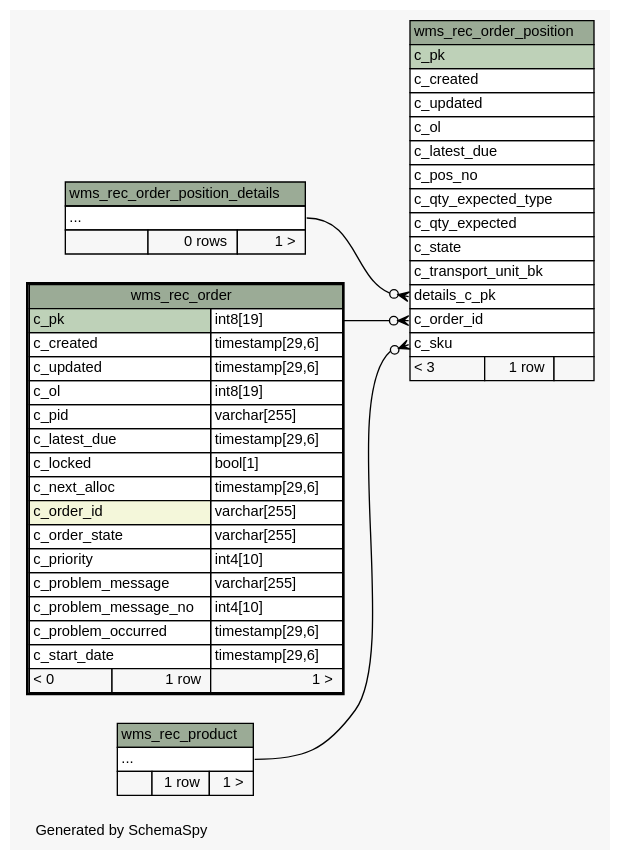
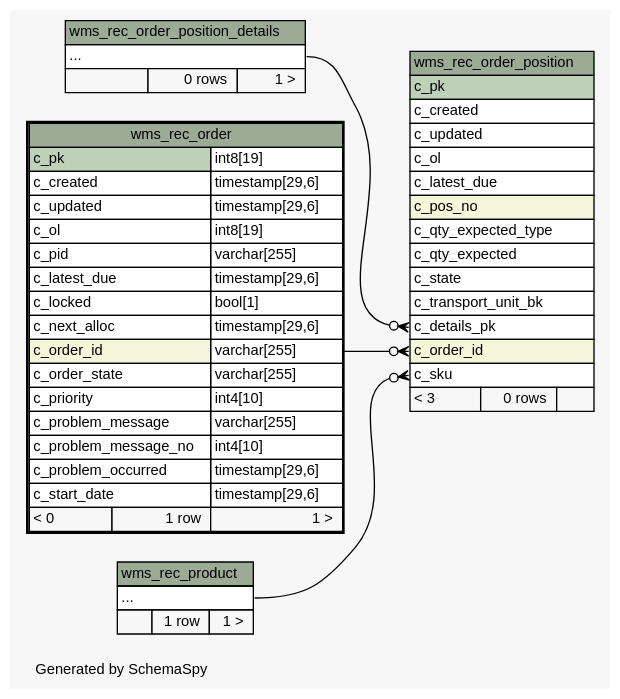
One commit to openwms/org.openwms.wms.receiving.lib changed the diagram in schemaspy/diagrams/wms_rec_order.2degrees.dot. Above: the diagram before and after it, drawn with Graphviz. The commit also changed 200 other files, not shown here.

```diff
--- a/schemaspy/diagrams/wms_rec_order.2degrees.dot
+++ b/schemaspy/diagrams/wms_rec_order.2degrees.dot
@@ -1,91 +1,91 @@
 // dot 2.36.0 on Linux 4.4.0-101-generic
 // SchemaSpy rev Unknown
 digraph "twoDegreesRelationshipsDiagram" {
   graph [
     rankdir="RL"
     bgcolor="#f7f7f7"
     label="\nGenerated by SchemaSpy"
     labeljust="l"
     nodesep="0.18"
     ranksep="0.46"
     fontname="Helvetica"
     fontsize="11"
   ];
   node [
     fontname="Helvetica"
     fontsize="11"
     shape="plaintext"
   ];
   edge [
     arrowsize="0.8"
   ];
-  "wms_rec_order_position":"c_order_id":w -> "wms_rec_order":"c_pk.type":e [arrowhead=none dir=back arrowtail=crowodot];
+  "wms_rec_order_position":"c_details_pk":w -> "wms_rec_order_position_details":"elipses":e [arrowhead=none dir=back arrowtail=crowodot];
+  "wms_rec_order_position":"c_order_id":w -> "wms_rec_order":"c_order_id.type":e [arrowhead=none dir=back arrowtail=crowodot];
   "wms_rec_order_position":"c_sku":w -> "wms_rec_product":"elipses":e [arrowhead=none dir=back arrowtail=crowodot];
-  "wms_rec_order_position":"details_c_pk":w -> "wms_rec_order_position_details":"elipses":e [arrowhead=none dir=back arrowtail=crowodot];
   "wms_rec_order" [
     label=<
     <TABLE BORDER="2" CELLBORDER="1" CELLSPACING="0" BGCOLOR="#ffffff">
       <TR><TD COLSPAN="3" BGCOLOR="#9bab96" ALIGN="CENTER">wms_rec_order</TD></TR>
       <TR><TD PORT="c_pk" COLSPAN="2" BGCOLOR="#bed1b8" ALIGN="LEFT">c_pk</TD><TD PORT="c_pk.type" ALIGN="LEFT">int8[19]</TD></TR>
       <TR><TD PORT="c_created" COLSPAN="2" ALIGN="LEFT">c_created</TD><TD PORT="c_created.type" ALIGN="LEFT">timestamp[29,6]</TD></TR>
       <TR><TD PORT="c_updated" COLSPAN="2" ALIGN="LEFT">c_updated</TD><TD PORT="c_updated.type" ALIGN="LEFT">timestamp[29,6]</TD></TR>
       <TR><TD PORT="c_ol" COLSPAN="2" ALIGN="LEFT">c_ol</TD><TD PORT="c_ol.type" ALIGN="LEFT">int8[19]</TD></TR>
       <TR><TD PORT="c_pid" COLSPAN="2" ALIGN="LEFT">c_pid</TD><TD PORT="c_pid.type" ALIGN="LEFT">varchar[255]</TD></TR>
       <TR><TD PORT="c_latest_due" COLSPAN="2" ALIGN="LEFT">c_latest_due</TD><TD PORT="c_latest_due.type" ALIGN="LEFT">timestamp[29,6]</TD></TR>
       <TR><TD PORT="c_locked" COLSPAN="2" ALIGN="LEFT">c_locked</TD><TD PORT="c_locked.type" ALIGN="LEFT">bool[1]</TD></TR>
       <TR><TD PORT="c_next_alloc" COLSPAN="2" ALIGN="LEFT">c_next_alloc</TD><TD PORT="c_next_alloc.type" ALIGN="LEFT">timestamp[29,6]</TD></TR>
       <TR><TD PORT="c_order_id" COLSPAN="2" BGCOLOR="#f4f7da" ALIGN="LEFT">c_order_id</TD><TD PORT="c_order_id.type" ALIGN="LEFT">varchar[255]</TD></TR>
       <TR><TD PORT="c_order_state" COLSPAN="2" ALIGN="LEFT">c_order_state</TD><TD PORT="c_order_state.type" ALIGN="LEFT">varchar[255]</TD></TR>
       <TR><TD PORT="c_priority" COLSPAN="2" ALIGN="LEFT">c_priority</TD><TD PORT="c_priority.type" ALIGN="LEFT">int4[10]</TD></TR>
       <TR><TD PORT="c_problem_message" COLSPAN="2" ALIGN="LEFT">c_problem_message</TD><TD PORT="c_problem_message.type" ALIGN="LEFT">varchar[255]</TD></TR>
       <TR><TD PORT="c_problem_message_no" COLSPAN="2" ALIGN="LEFT">c_problem_message_no</TD><TD PORT="c_problem_message_no.type" ALIGN="LEFT">int4[10]</TD></TR>
       <TR><TD PORT="c_problem_occurred" COLSPAN="2" ALIGN="LEFT">c_problem_occurred</TD><TD PORT="c_problem_occurred.type" ALIGN="LEFT">timestamp[29,6]</TD></TR>
       <TR><TD PORT="c_start_date" COLSPAN="2" ALIGN="LEFT">c_start_date</TD><TD PORT="c_start_date.type" ALIGN="LEFT">timestamp[29,6]</TD></TR>
       <TR><TD ALIGN="LEFT" BGCOLOR="#f7f7f7">&lt; 0</TD><TD ALIGN="RIGHT" BGCOLOR="#f7f7f7">1 row</TD><TD ALIGN="RIGHT" BGCOLOR="#f7f7f7">1 &gt;</TD></TR>
     </TABLE>>
     URL="wms_rec_order.html"
     tooltip="wms_rec_order"
   ];
   "wms_rec_order_position" [
     label=<
     <TABLE BORDER="0" CELLBORDER="1" CELLSPACING="0" BGCOLOR="#ffffff">
       <TR><TD COLSPAN="3" BGCOLOR="#9bab96" ALIGN="CENTER">wms_rec_order_position</TD></TR>
       <TR><TD PORT="c_pk" COLSPAN="3" BGCOLOR="#bed1b8" ALIGN="LEFT">c_pk</TD></TR>
       <TR><TD PORT="c_created" COLSPAN="3" ALIGN="LEFT">c_created</TD></TR>
       <TR><TD PORT="c_updated" COLSPAN="3" ALIGN="LEFT">c_updated</TD></TR>
       <TR><TD PORT="c_ol" COLSPAN="3" ALIGN="LEFT">c_ol</TD></TR>
       <TR><TD PORT="c_latest_due" COLSPAN="3" ALIGN="LEFT">c_latest_due</TD></TR>
-      <TR><TD PORT="c_pos_no" COLSPAN="3" ALIGN="LEFT">c_pos_no</TD></TR>
+      <TR><TD PORT="c_pos_no" COLSPAN="3" BGCOLOR="#f4f7da" ALIGN="LEFT">c_pos_no</TD></TR>
       <TR><TD PORT="c_qty_expected_type" COLSPAN="3" ALIGN="LEFT">c_qty_expected_type</TD></TR>
       <TR><TD PORT="c_qty_expected" COLSPAN="3" ALIGN="LEFT">c_qty_expected</TD></TR>
       <TR><TD PORT="c_state" COLSPAN="3" ALIGN="LEFT">c_state</TD></TR>
       <TR><TD PORT="c_transport_unit_bk" COLSPAN="3" ALIGN="LEFT">c_transport_unit_bk</TD></TR>
-      <TR><TD PORT="details_c_pk" COLSPAN="3" ALIGN="LEFT">details_c_pk</TD></TR>
-      <TR><TD PORT="c_order_id" COLSPAN="3" ALIGN="LEFT">c_order_id</TD></TR>
+      <TR><TD PORT="c_details_pk" COLSPAN="3" ALIGN="LEFT">c_details_pk</TD></TR>
+      <TR><TD PORT="c_order_id" COLSPAN="3" BGCOLOR="#f4f7da" ALIGN="LEFT">c_order_id</TD></TR>
       <TR><TD PORT="c_sku" COLSPAN="3" ALIGN="LEFT">c_sku</TD></TR>
-      <TR><TD ALIGN="LEFT" BGCOLOR="#f7f7f7">&lt; 3</TD><TD ALIGN="RIGHT" BGCOLOR="#f7f7f7">1 row</TD><TD ALIGN="RIGHT" BGCOLOR="#f7f7f7">  </TD></TR>
+      <TR><TD ALIGN="LEFT" BGCOLOR="#f7f7f7">&lt; 3</TD><TD ALIGN="RIGHT" BGCOLOR="#f7f7f7">0 rows</TD><TD ALIGN="RIGHT" BGCOLOR="#f7f7f7">  </TD></TR>
     </TABLE>>
     URL="wms_rec_order_position.html"
     tooltip="wms_rec_order_position"
   ];
   "wms_rec_order_position_details" [
     label=<
     <TABLE BORDER="0" CELLBORDER="1" CELLSPACING="0" BGCOLOR="#ffffff">
       <TR><TD COLSPAN="3" BGCOLOR="#9bab96" ALIGN="CENTER">wms_rec_order_position_details</TD></TR>
       <TR><TD PORT="elipses" COLSPAN="3" ALIGN="LEFT">...</TD></TR>
       <TR><TD ALIGN="LEFT" BGCOLOR="#f7f7f7">  </TD><TD ALIGN="RIGHT" BGCOLOR="#f7f7f7">0 rows</TD><TD ALIGN="RIGHT" BGCOLOR="#f7f7f7">1 &gt;</TD></TR>
     </TABLE>>
     URL="wms_rec_order_position_details.html"
     tooltip="wms_rec_order_position_details"
   ];
   "wms_rec_product" [
     label=<
     <TABLE BORDER="0" CELLBORDER="1" CELLSPACING="0" BGCOLOR="#ffffff">
       <TR><TD COLSPAN="3" BGCOLOR="#9bab96" ALIGN="CENTER">wms_rec_product</TD></TR>
       <TR><TD PORT="elipses" COLSPAN="3" ALIGN="LEFT">...</TD></TR>
       <TR><TD ALIGN="LEFT" BGCOLOR="#f7f7f7">  </TD><TD ALIGN="RIGHT" BGCOLOR="#f7f7f7">1 row</TD><TD ALIGN="RIGHT" BGCOLOR="#f7f7f7">1 &gt;</TD></TR>
     </TABLE>>
     URL="wms_rec_product.html"
     tooltip="wms_rec_product"
   ];
 }
```
